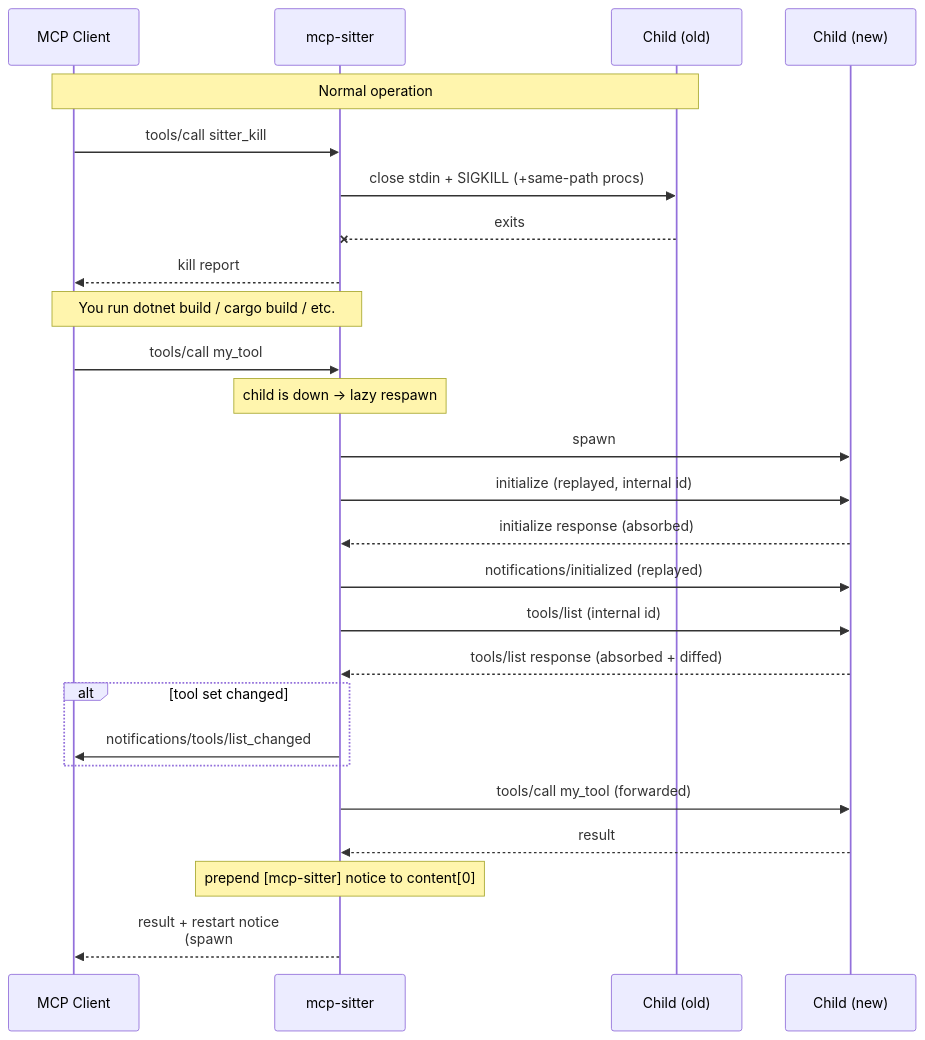
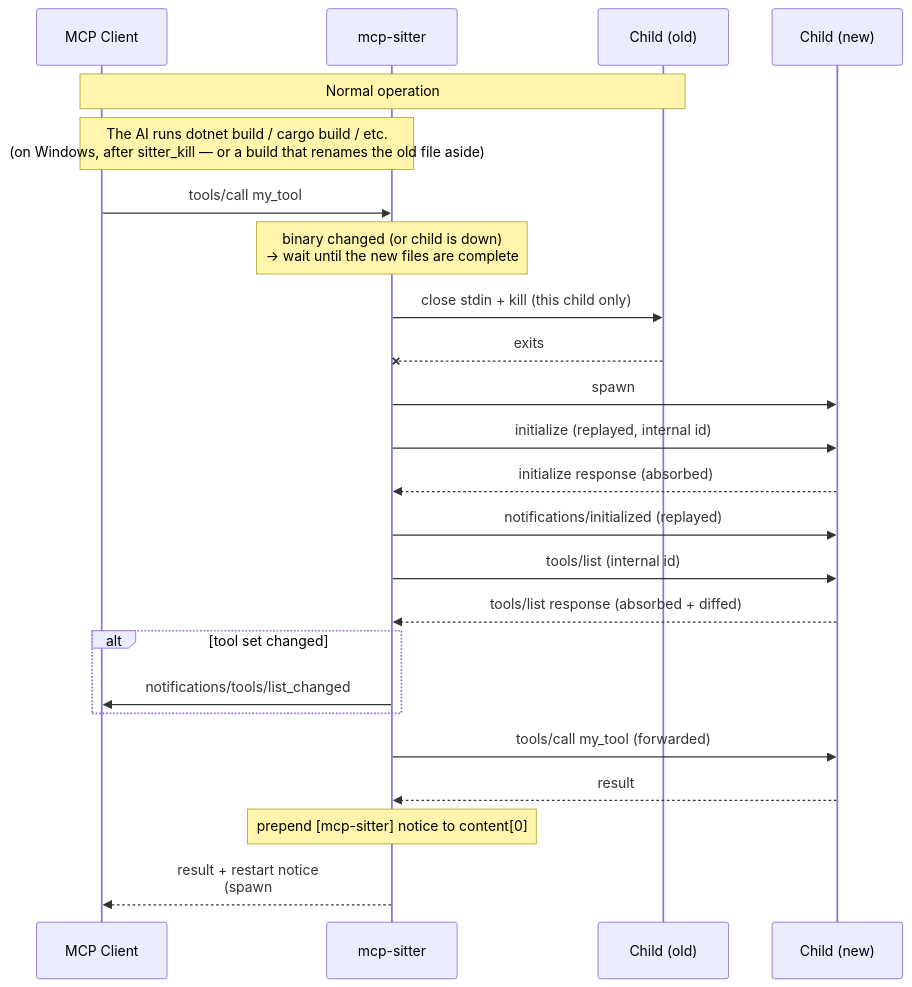
Before and after one commit to yotsuda/mcp-sitter: the second of 3 diagrams in README.md, drawn with Mermaid. The commit also changed other lines of this file and 8 other files, not shown here.

````diff
--- a/README.md
+++ b/README.md
@@ -107,34 +120,31 @@
 ```mermaid
 sequenceDiagram
     participant C as MCP Client
     participant S as mcp-sitter
     participant X as Child (old)
     participant N as Child (new)
 
     Note over C,X: Normal operation
 
-    C->>S: tools/call sitter_kill
-    S->>X: close stdin + SIGKILL (+same-path procs)
-    X--xS: exits
-    S-->>C: kill report
-
-    Note over C,S: You run dotnet build / cargo build / etc.
+    Note over C,S: The AI runs dotnet build / cargo build / etc.<br/>(on Windows, after sitter_kill — or a build that renames the old file aside)
 
     C->>S: tools/call my_tool
-    Note over S: child is down → lazy respawn
+    Note over S: binary changed (or child is down)<br/>→ wait until the new files are complete
+    S->>X: close stdin + kill (this child only)
+    X--xS: exits
     S->>N: spawn
     S->>N: initialize (replayed, internal id)
     N-->>S: initialize response (absorbed)
     S->>N: notifications/initialized (replayed)
     S->>N: tools/list (internal id)
     N-->>S: tools/list response (absorbed + diffed)
 
     alt tool set changed
         S->>C: notifications/tools/list_changed
     end
 
     S->>N: tools/call my_tool (forwarded)
     N-->>S: result
     Note over S: prepend [mcp-sitter] notice to content[0]
     S-->>C: result + restart notice<br/>(spawn #, startup, version, diff)
 ```
````
